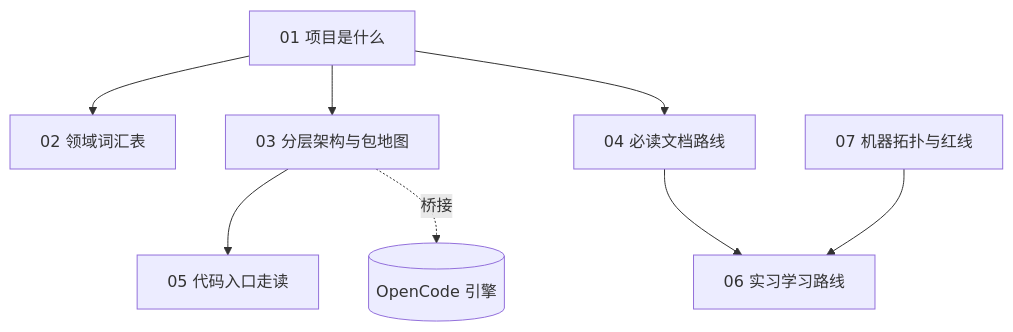
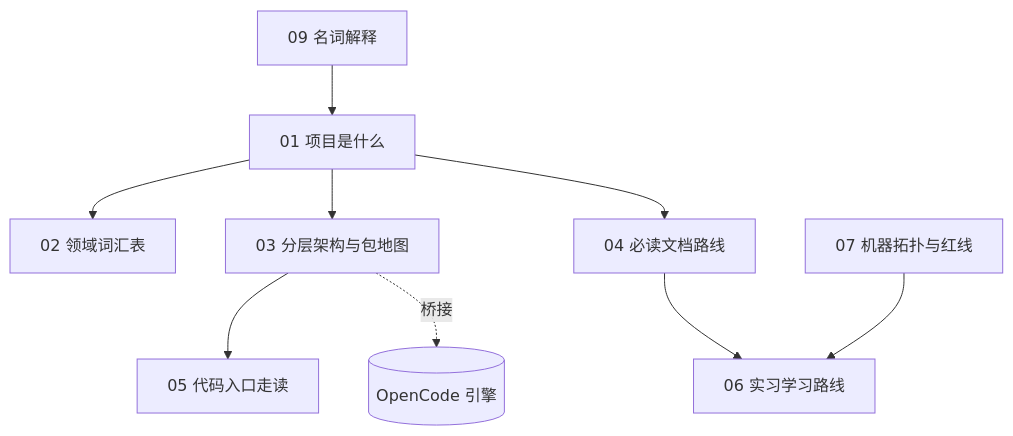
One commit to TTW-F/Obsidian changed the diagram in AI_Novels_Opencode/00 项目导航 MOC.md. Above: the diagram before and after it, drawn with Mermaid. The commit also changed other lines of this file and 6 other files, not shown here.

````diff
--- a/AI_Novels_Opencode/00 项目导航 MOC.md
+++ b/AI_Novels_Opencode/00 项目导航 MOC.md
@@ -17,10 +20,11 @@
 ```mermaid
 graph TD
     A[01 项目是什么] --> B[02 领域词汇表]
     A --> C[03 分层架构与包地图]
     C --> D[05 代码入口走读]
     A --> E[04 必读文档路线]
     E --> F[06 实习学习路线]
     G[07 机器拓扑与红线] --> F
     C -.桥接.-> H[(OpenCode 引擎)]
+    GL[09 名词解释] --> A
 ```
````
